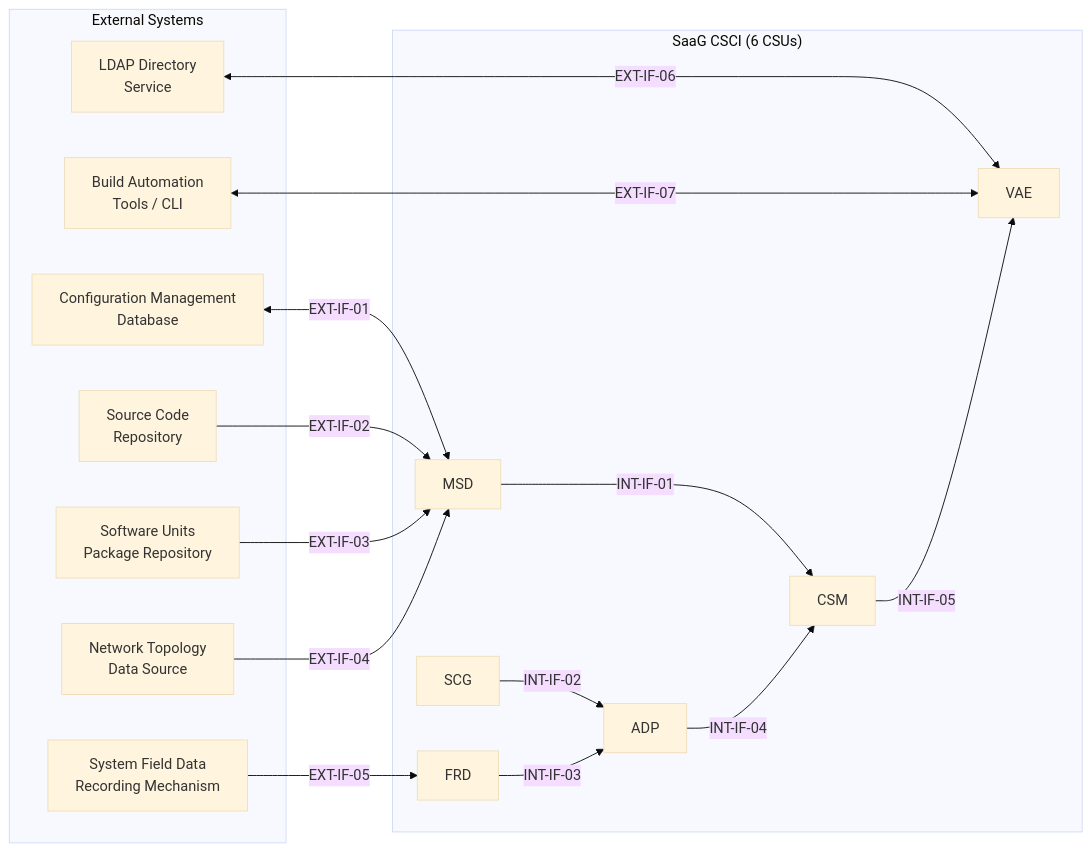
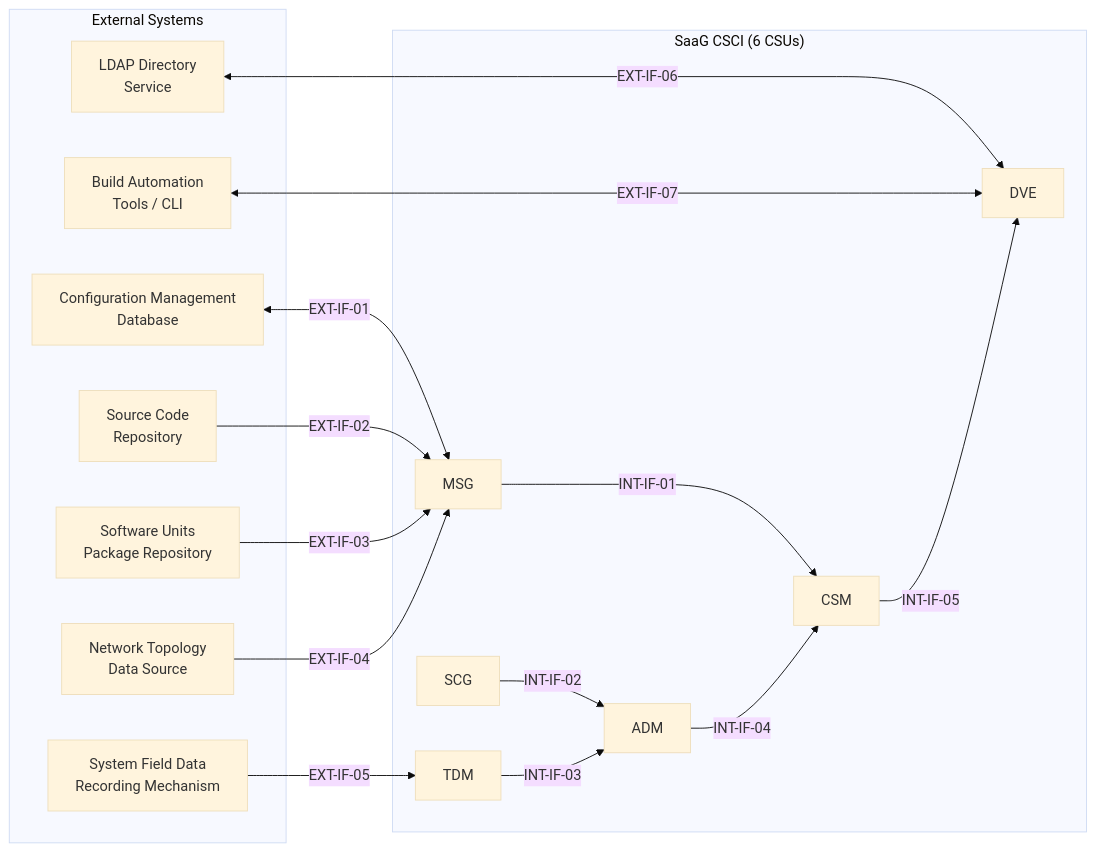
Before and after one commit to onuralpyigit/system-as-a-graph: the second of 2 diagrams in docs/design/SDD.md, drawn with Mermaid (base theme). The commit also changed other lines of this file and 8 other files, not shown here.

````diff
--- a/docs/design/SDD.md
+++ b/docs/design/SDD.md
@@ -91,32 +91,32 @@
 ```mermaid
 flowchart LR
     subgraph EXT["External Systems"]
         CMDB["Configuration Management<br/>Database"]
         REPO["Source Code<br/>Repository"]
         PKG["Software Units<br/>Package Repository"]
         NTS["Network Topology<br/>Data Source"]
         FDR["System Field Data<br/>Recording Mechanism"]
         LDAP["LDAP Directory<br/>Service"]
         BAT["Build Automation<br/>Tools / CLI"]
     end
     subgraph CSCI["SaaG CSCI (6 CSUs)"]
-        MSD["MSD"]
+        MSG["MSG"]
         SCG["SCG"]
-        FRD["FRD"]
-        ADP["ADP"]
+        TDM["TDM"]
+        ADM["ADM"]
         CSM["CSM"]
-        VAE["VAE"]
+        DVE["DVE"]
     end
-    CMDB <-->|"EXT-IF-01"| MSD
-    REPO -->|"EXT-IF-02"| MSD
-    PKG -->|"EXT-IF-03"| MSD
-    NTS -->|"EXT-IF-04"| MSD
-    FDR -->|"EXT-IF-05"| FRD
-    LDAP <-->|"EXT-IF-06"| VAE
-    BAT <-->|"EXT-IF-07"| VAE
-    MSD -->|"INT-IF-01"| CSM
-    SCG -->|"INT-IF-02"| ADP
-    FRD -->|"INT-IF-03"| ADP
-    ADP -->|"INT-IF-04"| CSM
-    CSM -->|"INT-IF-05"| VAE
+    CMDB <-->|"EXT-IF-01"| MSG
+    REPO -->|"EXT-IF-02"| MSG
+    PKG -->|"EXT-IF-03"| MSG
+    NTS -->|"EXT-IF-04"| MSG
+    FDR -->|"EXT-IF-05"| TDM
+    LDAP <-->|"EXT-IF-06"| DVE
+    BAT <-->|"EXT-IF-07"| DVE
+    MSG -->|"INT-IF-01"| CSM
+    SCG -->|"INT-IF-02"| ADM
+    TDM -->|"INT-IF-03"| ADM
+    ADM -->|"INT-IF-04"| CSM
+    CSM -->|"INT-IF-05"| DVE
 ```
````
